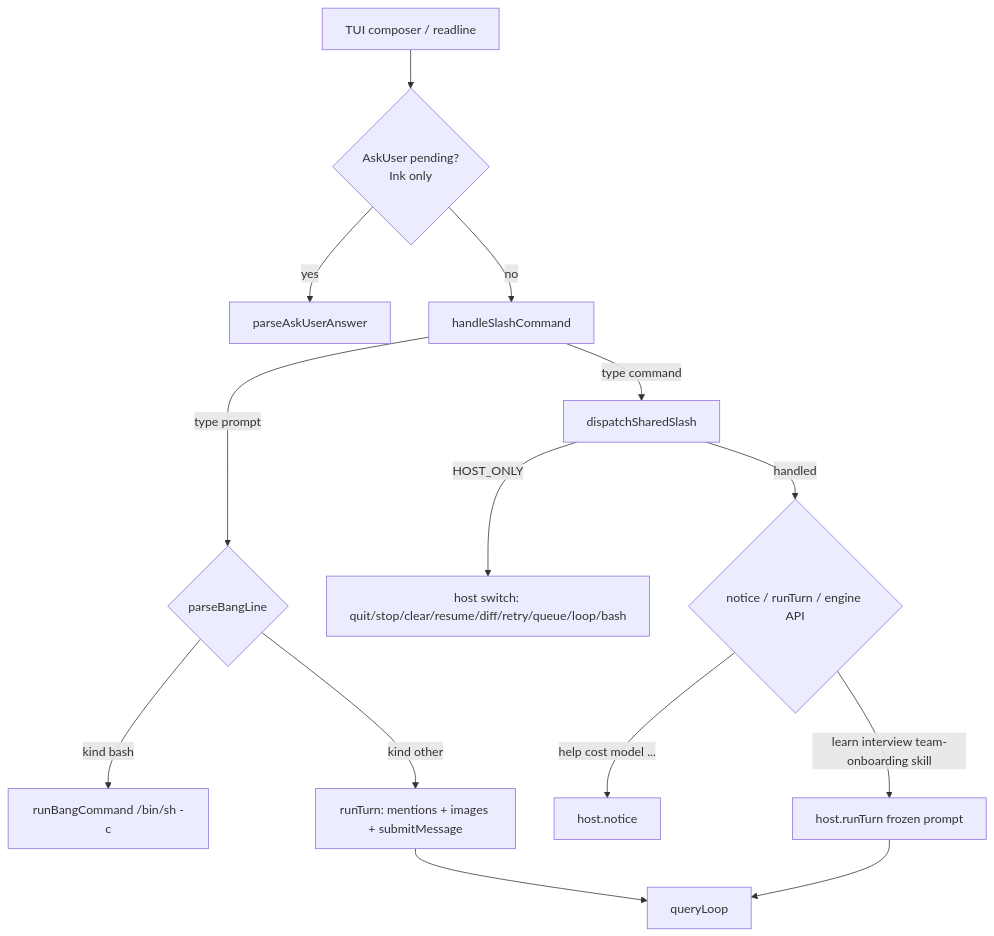
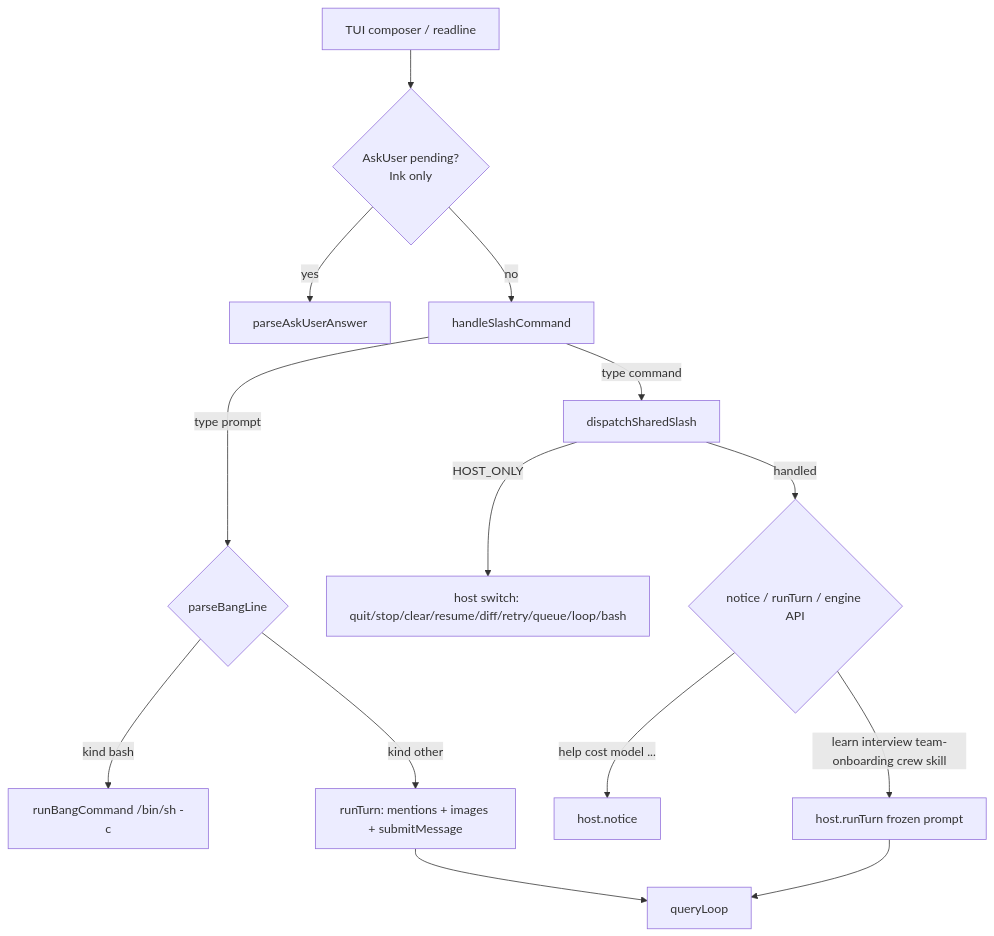
Before and after one commit to YeonwooSung/RavenClaw: the diagram in SLASH_COMMANDS.ko.md, drawn with Mermaid. The commit also changed other lines of this file and 2 other files, not shown here.

Commit message:
docs: describe the /crew slash

````diff
--- a/SLASH_COMMANDS.ko.md
+++ b/SLASH_COMMANDS.ko.md
@@ -45,16 +45,16 @@
 ```mermaid
 flowchart TD
   A["TUI composer / readline"] --> B{"AskUser pending?<br/>Ink only"}
   B -->|yes| C["parseAskUserAnswer"]
   B -->|no| D["handleSlashCommand"]
   D -->|type prompt| E{"parseBangLine"}
   E -->|kind bash| F["runBangCommand /bin/sh -c"]
   E -->|kind other| G["runTurn: mentions + images + submitMessage"]
   D -->|type command| H["dispatchSharedSlash"]
   H -->|HOST_ONLY| I["host switch: quit/stop/clear/resume/diff/retry/queue/loop/bash"]
   H -->|handled| J{"notice / runTurn / engine API"}
   J -->|help cost model ...| K["host.notice"]
-  J -->|learn interview team-onboarding skill| L["host.runTurn frozen prompt"]
+  J -->|learn interview team-onboarding crew skill| L["host.runTurn frozen prompt"]
   G --> M["queryLoop"]
   L --> M
 ```
````
